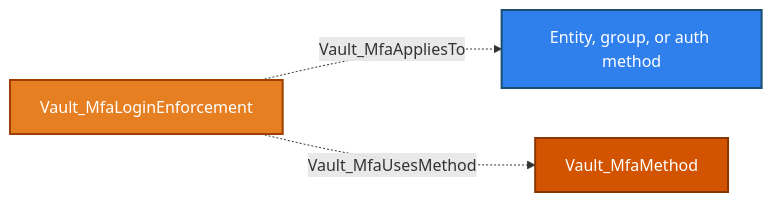
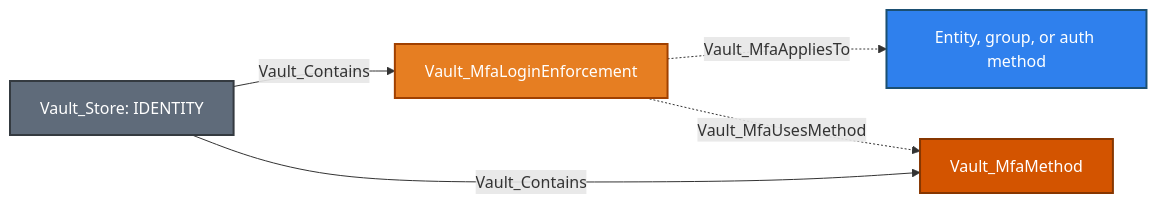
The ninth of 13 diagrams in Documentation/stores/IDENTITY.md (bytewreck/opengraph-vault), drawn with Mermaid before and after one commit. The commit also changed other lines of this file and 6 other files, not shown here.

````diff
--- a/Documentation/stores/IDENTITY.md
+++ b/Documentation/stores/IDENTITY.md
@@ -493,9 +443,12 @@
 ```mermaid
 flowchart LR
-    enforcement[Vault_MfaLoginEnforcement]:::mfaEnforcementNode -.->|Vault_MfaAppliesTo| target[Entity, group, or auth method]:::identityNode
-    enforcement -.->|Vault_MfaUsesMethod| method[Vault_MfaMethod]:::mfaMethodNode
+    store[Vault_Store: IDENTITY]:::storeNode -->|Vault_Contains| enforcement[Vault_MfaLoginEnforcement]:::mfaEnforcementNode
+    store -->|Vault_Contains| method[Vault_MfaMethod]:::mfaMethodNode
+    enforcement -.->|Vault_MfaAppliesTo| target[Entity, group, or auth method]:::identityNode
+    enforcement -.->|Vault_MfaUsesMethod| method
 
+    classDef storeNode fill:#5F6B7A,color:#fff,stroke:#343A40,stroke-width:2px
     classDef identityNode fill:#2F80ED,color:#fff,stroke:#1B4F72,stroke-width:2px
     classDef mfaEnforcementNode fill:#E67E22,color:#fff,stroke:#A04000,stroke-width:2px
     classDef mfaMethodNode fill:#D35400,color:#fff,stroke:#873600,stroke-width:2px
 ```
````
